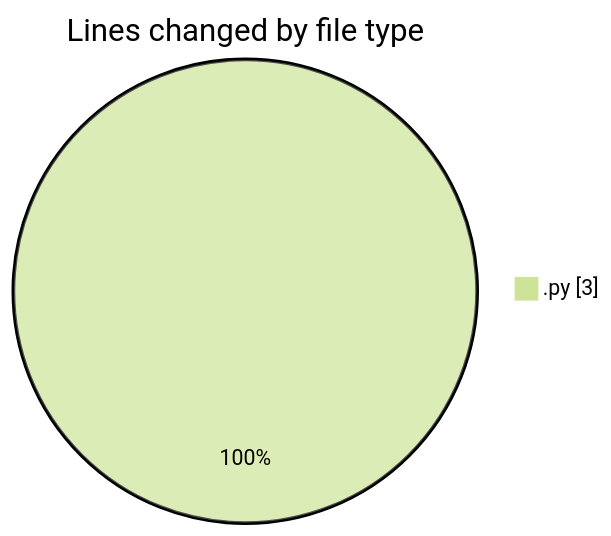
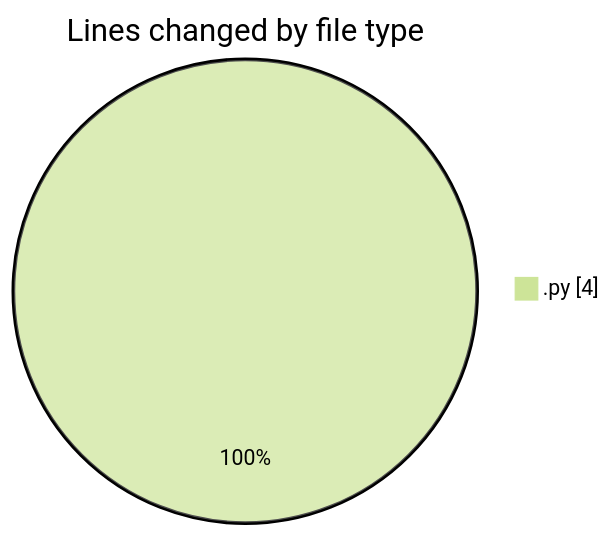
One commit to IJAZ3593/code-tracking changed the first of 2 diagrams in 2025-09-02/pythen/README.md. Above: the diagram before and after it, drawn with Mermaid (forest theme). The commit also changed other lines of this file and 1 other file, not shown here.

````diff
--- a/2025-09-02/pythen/README.md
+++ b/2025-09-02/pythen/README.md
@@ -20,5 +20,5 @@
 ```mermaid
 pie showData
 title Lines changed by file type
-".py" : 3
+".py" : 4
 ```
````
